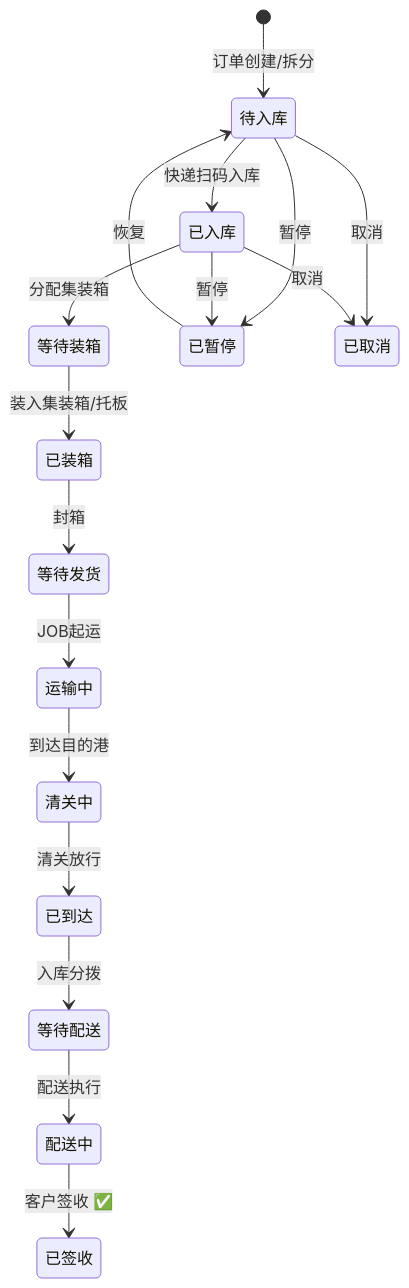
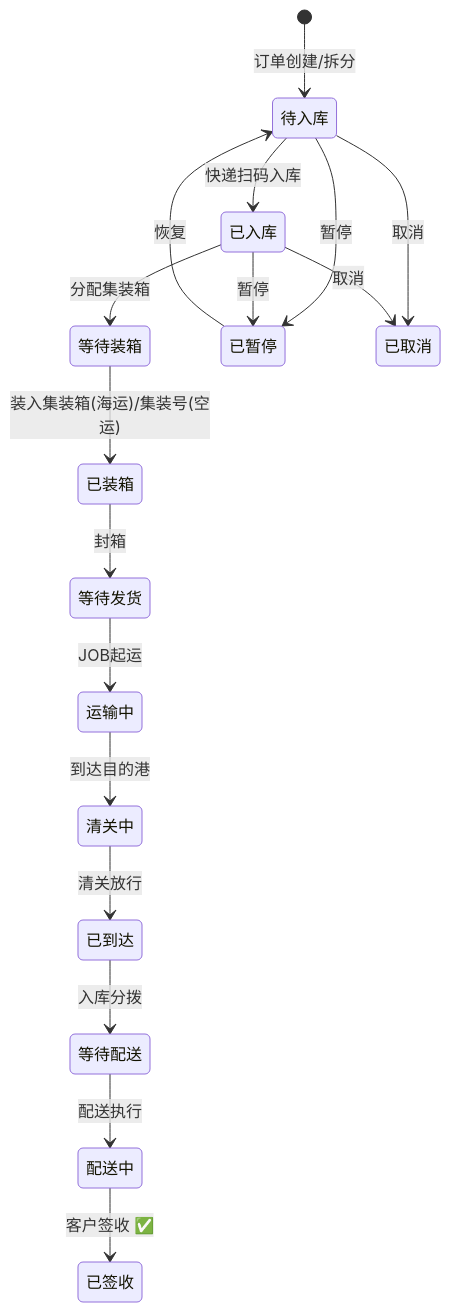
Diagram 14 of 27 in .kiro/specs/full-system-requirements/modules/00-系统总体需求规格说明书-20260408.md (Yitiaoyu686/logistics-app), drawn with Mermaid before and after one commit. The commit also changed other lines of this file and 3 other files, not shown here.

````diff
--- a/.kiro/specs/full-system-requirements/modules/00-系统总体需求规格说明书-20260408.md
+++ b/.kiro/specs/full-system-requirements/modules/00-系统总体需求规格说明书-20260408.md
@@ -660,21 +660,21 @@
 ```mermaid
 stateDiagram-v2
     [*] --> 待入库: 订单创建/拆分
     待入库 --> 已入库: 快递扫码入库
     已入库 --> 等待装箱: 分配集装箱
-    等待装箱 --> 已装箱: 装入集装箱/托板
+    等待装箱 --> 已装箱: 装入集装箱(海运)/集装号(空运)
     已装箱 --> 等待发货: 封箱
     等待发货 --> 运输中: JOB起运
     运输中 --> 清关中: 到达目的港
     清关中 --> 已到达: 清关放行
     已到达 --> 等待配送: 入库分拨
     等待配送 --> 配送中: 配送执行
     配送中 --> 已签收: 客户签收 ✅
 
     待入库 --> 已暂停: 暂停
     已入库 --> 已暂停: 暂停
     已暂停 --> 待入库: 恢复
 
     待入库 --> 已取消: 取消
     已入库 --> 已取消: 取消
 ```
````
